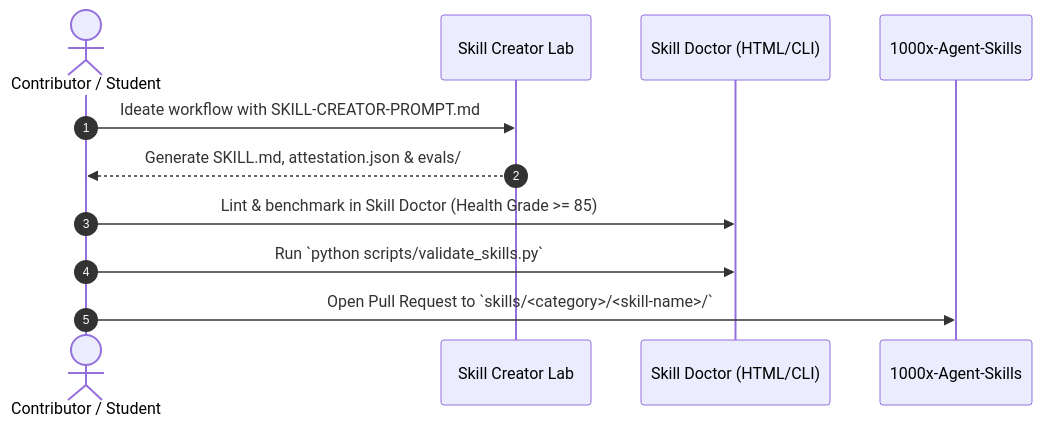
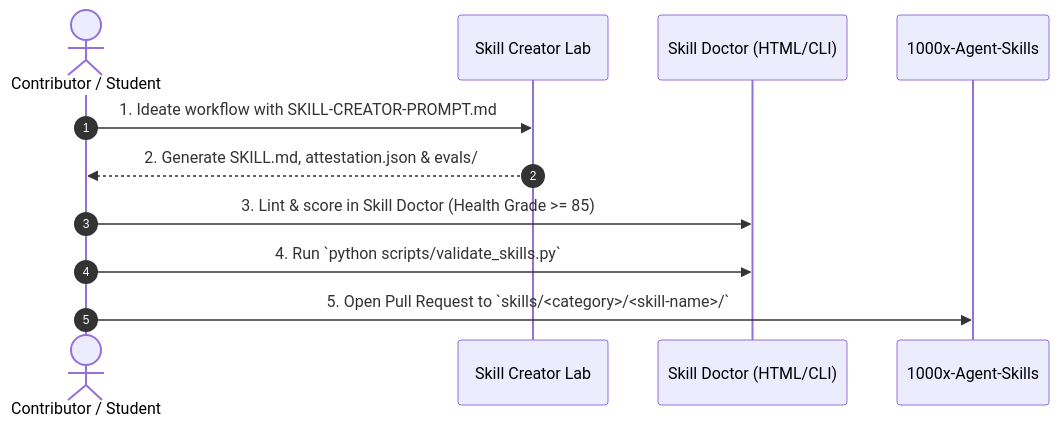
Before and after one commit to kunalsuri/1000x-Agent-Skills: the second of 2 diagrams in README.md, drawn with Mermaid. The commit also changed other lines of this file and 18 other files, not shown here.

````diff
--- a/README.md
+++ b/README.md
@@ -248,14 +398,14 @@
 ```mermaid
 sequenceDiagram
     autonumber
     actor Dev as Contributor / Student
     participant Lab as Skill Creator Lab
     participant Doc as Skill Doctor (HTML/CLI)
     participant Repo as 1000x-Agent-Skills
 
-    Dev->>Lab: Ideate workflow with SKILL-CREATOR-PROMPT.md
-    Lab-->>Dev: Generate SKILL.md, attestation.json & evals/
-    Dev->>Doc: Lint & benchmark in Skill Doctor (Health Grade >= 85)
-    Dev->>Doc: Run `python scripts/validate_skills.py`
-    Dev->>Repo: Open Pull Request to `skills/<category>/<skill-name>/`
+    Dev->>Lab: 1. Ideate workflow with SKILL-CREATOR-PROMPT.md
+    Lab-->>Dev: 2. Generate SKILL.md, attestation.json & evals/
+    Dev->>Doc: 3. Lint & score in Skill Doctor (Health Grade >= 85)
+    Dev->>Doc: 4. Run `python scripts/validate_skills.py`
+    Dev->>Repo: 5. Open Pull Request to `skills/<category>/<skill-name>/`
 ```
````
